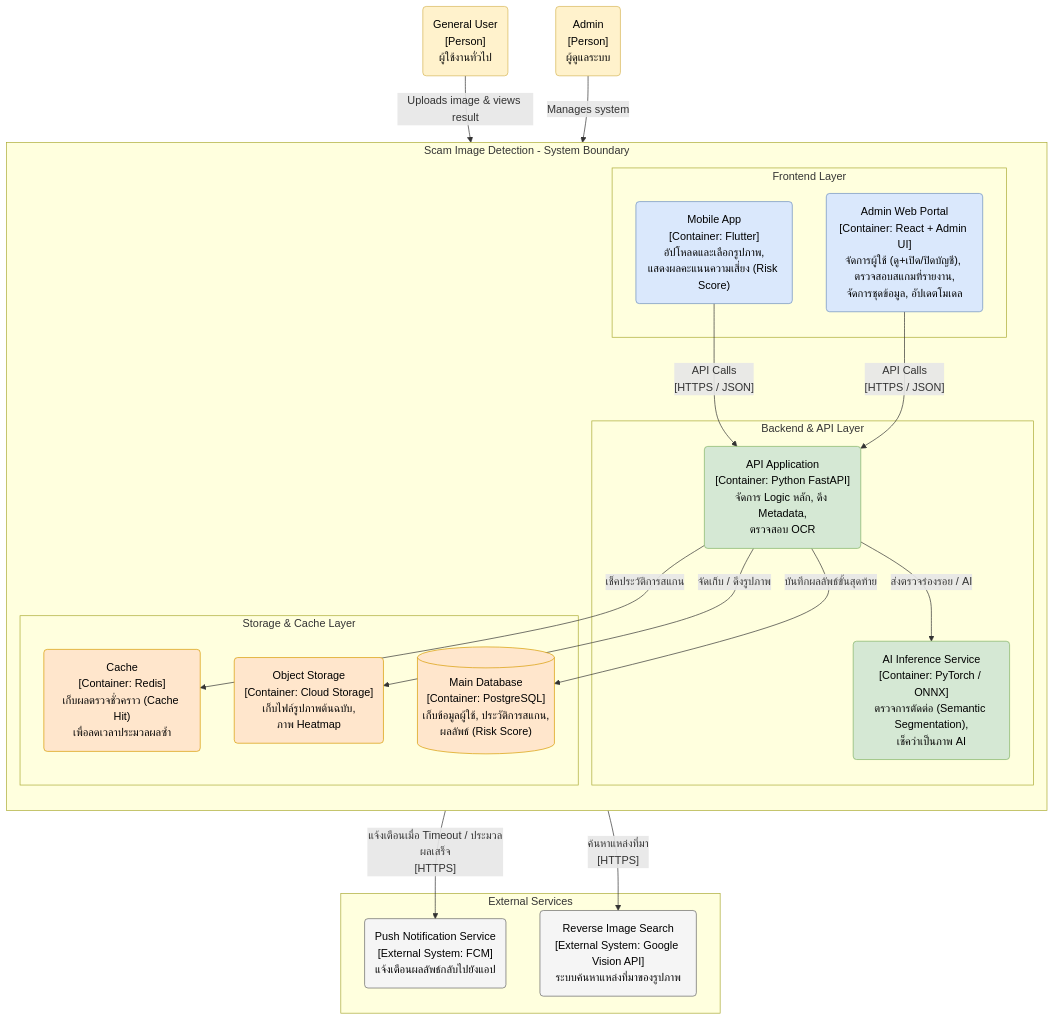
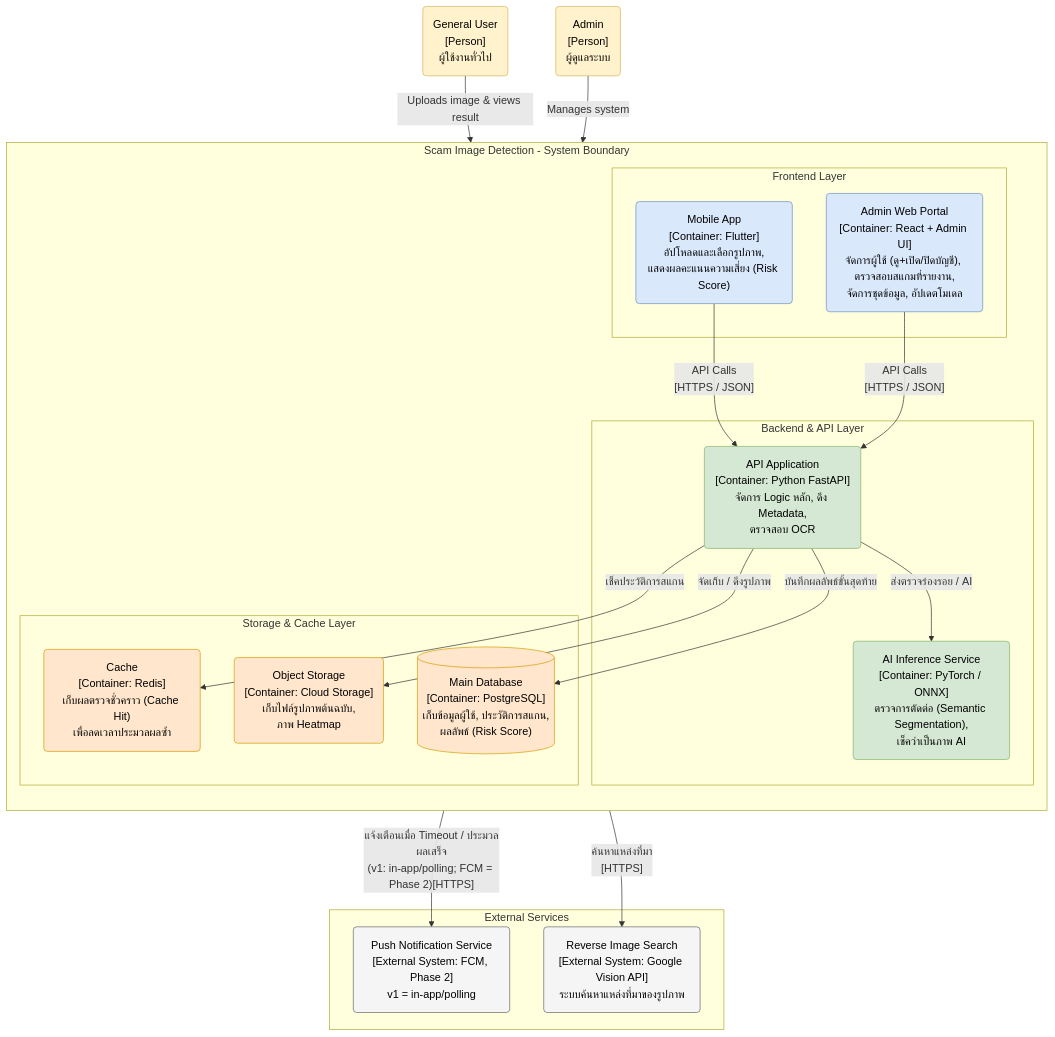
The second of 4 diagrams in wiki/requirements/srs.md (Panuwat-ta/project), drawn with Mermaid before and after one commit. The commit also changed other lines of this file and 90 other files, not shown here.

````diff
--- a/wiki/requirements/srs.md
+++ b/wiki/requirements/srs.md
@@ -141,62 +143,62 @@
 ```mermaid
 flowchart TB
     %% การตั้งค่า Class สีต่างๆ
     classDef userFill fill:#fff2cc,stroke:#d6b656,color:black
     classDef clientFill fill:#dae8fc,stroke:#6c8ebf,color:black
     classDef backendFill fill:#d5e8d4,stroke:#82b366,color:black
     classDef storageFill fill:#ffe6cc,stroke:#d79b00,color:black
     classDef extFill fill:#f5f5f5,stroke:#666666,color:black
 
     %% Actors Boundary
     User("General User<br>[Person]<br>ผู้ใช้งานทั่วไป")
     Admin("Admin<br>[Person]<br>ผู้ดูแลระบบ")
 
     %% System Boundary
     subgraph ScamSystem [Scam Image Detection - System Boundary]
         direction TB
 
         subgraph Frontends [Frontend Layer]
             MobileApp("Mobile App<br>[Container: Flutter]<br>อัปโหลดและเลือกรูปภาพ,<br>แสดงผลคะแนนความเสี่ยง (Risk Score)")
             AdminPortal("Admin Web Portal<br>[Container: React + Admin UI]<br>จัดการผู้ใช้ (ดู+เปิด/ปิดบัญชี), ตรวจสอบสแกมที่รายงาน,<br>จัดการชุดข้อมูล, อัปเดตโมเดล")
         end
 
         subgraph Backends [Backend & API Layer]
             APIGateway("API Application<br>[Container: Python FastAPI]<br>จัดการ Logic หลัก, ดึง Metadata,<br>ตรวจสอบ OCR")
             AIInference("AI Inference Service<br>[Container: PyTorch / ONNX]<br>ตรวจการตัดต่อ (Semantic Segmentation),<br>เช็คว่าเป็นภาพ AI")
         end
 
         subgraph Storages [Storage & Cache Layer]
             Cache("Cache<br>[Container: Redis]<br>เก็บผลตรวจชั่วคราว (Cache Hit)<br>เพื่อลดเวลาประมวลผลซ้ำ")
             ObjectStore("Object Storage<br>[Container: Cloud Storage]<br>เก็บไฟล์รูปภาพต้นฉบับ,<br>ภาพ Heatmap")
             MainDB[("Main Database<br>[Container: PostgreSQL]<br>เก็บข้อมูลผู้ใช้, ประวัติการสแกน,<br>ผลลัพธ์ (Risk Score)")]
         end
     end
 
     %% External Systems Boundary
     subgraph Externals [External Services]
-        PushService("Push Notification Service<br>[External System: FCM]<br>แจ้งเตือนผลลัพธ์กลับไปยังแอป")
+        PushService("Push Notification Service<br>[External System: FCM, Phase 2]<br>v1 = in-app/polling")
         ReverseSearch("Reverse Image Search<br>[External System: Google Vision API]<br>ระบบค้นหาแหล่งที่มาของรูปภาพ")
     end
 
     %% Relationships / Associations
     User -- "Uploads image & views result" --> MobileApp
     Admin -- "Manages system" --> AdminPortal
 
     MobileApp -- "API Calls<br>[HTTPS / JSON]" --> APIGateway
     AdminPortal -- "API Calls<br>[HTTPS / JSON]" --> APIGateway
 
     APIGateway -- "เช็คประวัติการสแกน" --> Cache
     APIGateway -- "ส่งตรวจร่องรอย / AI" --> AIInference
     APIGateway -- "จัดเก็บ / ดึงรูปภาพ" --> ObjectStore
     APIGateway -- "บันทึกผลลัพธ์ขั้นสุดท้าย" --> MainDB
     
-    APIGateway -- "แจ้งเตือนเมื่อ Timeout / ประมวลผลเสร็จ<br>[HTTPS]" --> PushService
+    APIGateway -- "แจ้งเตือนเมื่อ Timeout / ประมวลผลเสร็จ<br>(v1: in-app/polling; FCM = Phase 2)[HTTPS]" --> PushService
     APIGateway -- "ค้นหาแหล่งที่มา<br>[HTTPS]" --> ReverseSearch
 
     %% Apply Styles
     class User,Admin userFill
     class MobileApp,AdminPortal clientFill
     class APIGateway,AIInference backendFill
     class Cache,ObjectStore,MainDB storageFill
     class PushService,ReverseSearch extFill
 ```
````
